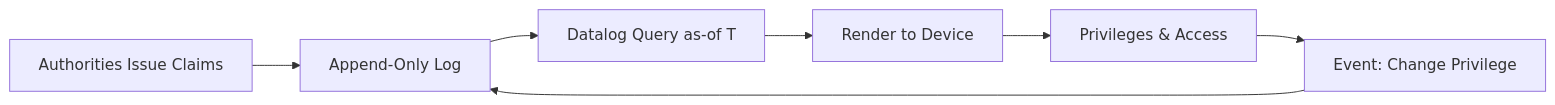
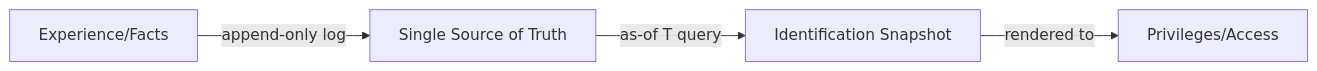
One commit to Synthetic-Identity-Co/conj-talk-2025 changed the first of 7 diagrams in conj-talk-2025.md. Above: the diagram before and after it, drawn with Mermaid. The commit also changed other lines of this file, not shown here.

````diff
--- a/conj-talk-2025.md
+++ b/conj-talk-2025.md
@@ -89,9 +95,6 @@
 ```mermaid
 graph LR
-    A[Authorities Issue Claims] --> B[Append-Only Log]
-    B --> C[Datalog Query as-of T]
-    C --> D[Render to Device]
-    D --> E[Privileges & Access]
-    E --> F[Event: Change Privilege]
-    F --> B
+    A[Experience/Facts] -->|append-only log| B[Single Source of Truth]
+    B -->|as-of T query| C[Identification Snapshot]
+    C -->|rendered to| D[Privileges/Access]
 ```
````
